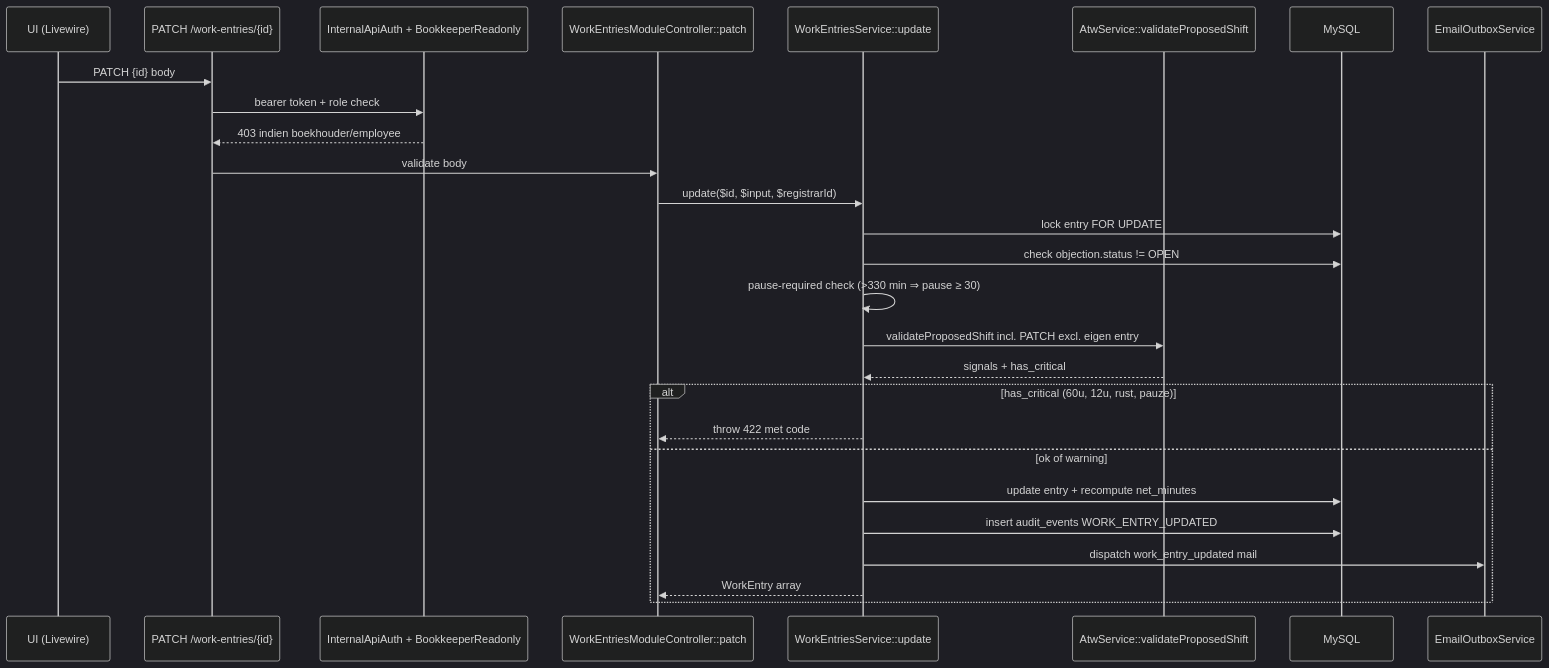
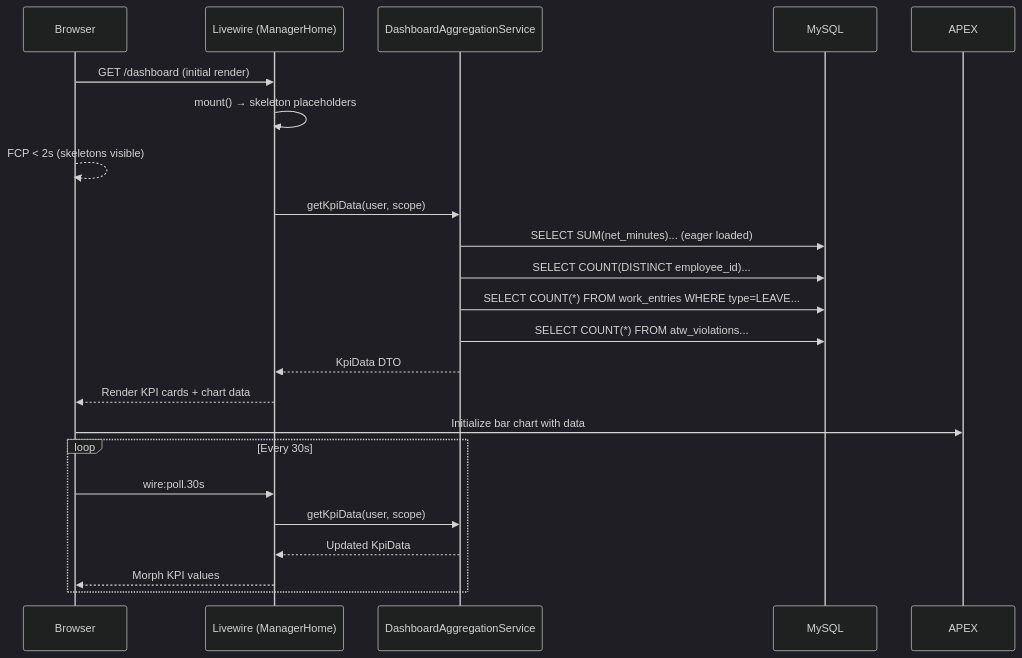
Before and after one commit to nlthariri/lavita-ur: the second of 5 diagrams in .kiro/specs/lavita-urenregistratie/design.md, drawn with Mermaid (dark theme). The commit also changed other lines of this file and 54 other files, not shown here.

````diff
--- a/.kiro/specs/lavita-urenregistratie/design.md
+++ b/.kiro/specs/lavita-urenregistratie/design.md
@@ -44,30 +80,25 @@
 ```mermaid
 sequenceDiagram
-  participant U as UI (Livewire)
-  participant API as PATCH /work-entries/{id}
-  participant MW as InternalApiAuth + BookkeeperReadonly
-  participant CT as WorkEntriesModuleController::patch
-  participant SV as WorkEntriesService::update
-  participant ATW as AtwService::validateProposedShift
-  participant DB as MySQL
-  participant OB as EmailOutboxService
+    participant B as Browser
+    participant LW as Livewire (ManagerHome)
+    participant DAS as DashboardAggregationService
+    participant DB as MySQL
 
-  U->>API: PATCH {id} body
-  API->>MW: bearer token + role check
-  MW-->>API: 403 indien boekhouder/employee
-  API->>CT: validate body
-  CT->>SV: update($id, $input, $registrarId)
-  SV->>DB: lock entry FOR UPDATE
-  SV->>DB: check objection.status != OPEN
-  SV->>SV: pause-required check (>330 min ⇒ pause ≥ 30)
-  SV->>ATW: validateProposedShift incl. PATCH excl. eigen entry
-  ATW-->>SV: signals + has_critical
-  alt has_critical (60u, 12u, rust, pauze)
-    SV-->>CT: throw 422 met code
-  else ok of warning
-    SV->>DB: update entry + recompute net_minutes
-    SV->>DB: insert audit_events WORK_ENTRY_UPDATED
-    SV->>OB: dispatch work_entry_updated mail
-    SV-->>CT: WorkEntry array
-  end
+    B->>LW: GET /dashboard (initial render)
+    LW->>LW: mount() → skeleton placeholders
+    B-->>B: FCP < 2s (skeletons visible)
+    LW->>DAS: getKpiData(user, scope)
+    DAS->>DB: SELECT SUM(net_minutes)... (eager loaded)
+    DAS->>DB: SELECT COUNT(DISTINCT employee_id)...
+    DAS->>DB: SELECT COUNT(*) FROM work_entries WHERE type=LEAVE...
+    DAS->>DB: SELECT COUNT(*) FROM atw_violations...
+    DAS-->>LW: KpiData DTO
+    LW-->>B: Render KPI cards + chart data
+    B->>APEX: Initialize bar chart with data
+    loop Every 30s
+        B->>LW: wire:poll.30s
+        LW->>DAS: getKpiData(user, scope)
+        DAS-->>LW: Updated KpiData
+        LW-->>B: Morph KPI values
+    end
 ```
````
